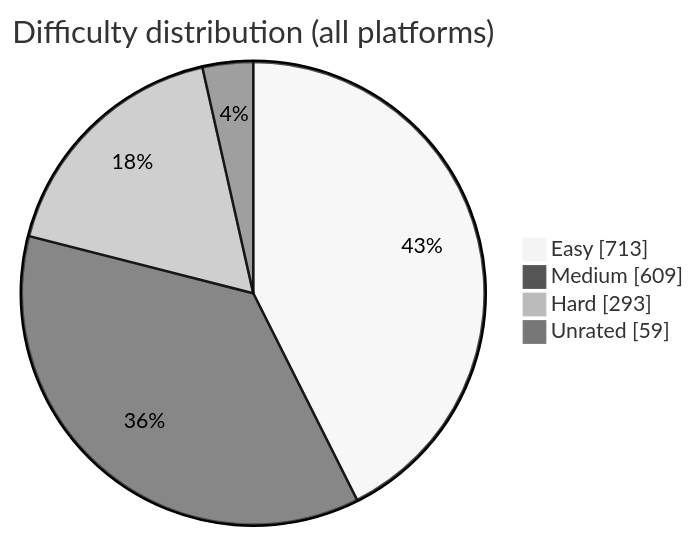
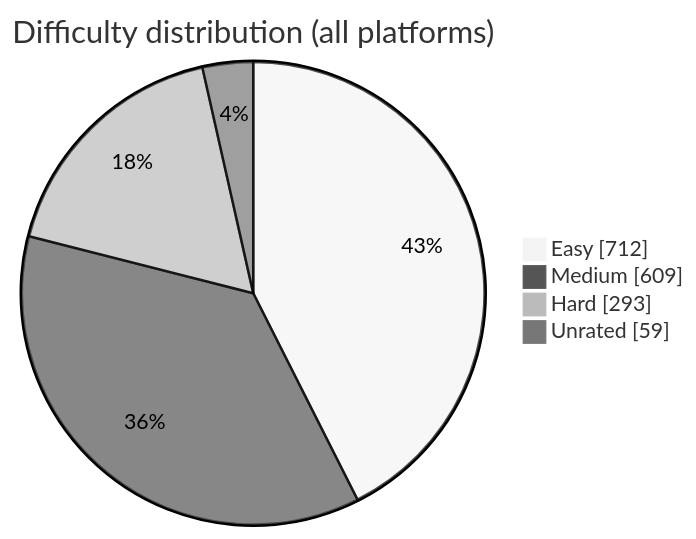
Before and after one commit to BuildbyArindam/Daily-Coding-Log: the diagram in README.md, drawn with Mermaid (neutral theme). The commit also changed other lines of this file, not shown here.

````diff
--- a/README.md
+++ b/README.md
@@ -93,7 +93,7 @@
 ```mermaid
 pie showData title Difficulty distribution (all platforms)
-    "Easy" : 713
+    "Easy" : 712
     "Medium" : 609
     "Hard" : 293
     "Unrated" : 59
 ```
````
